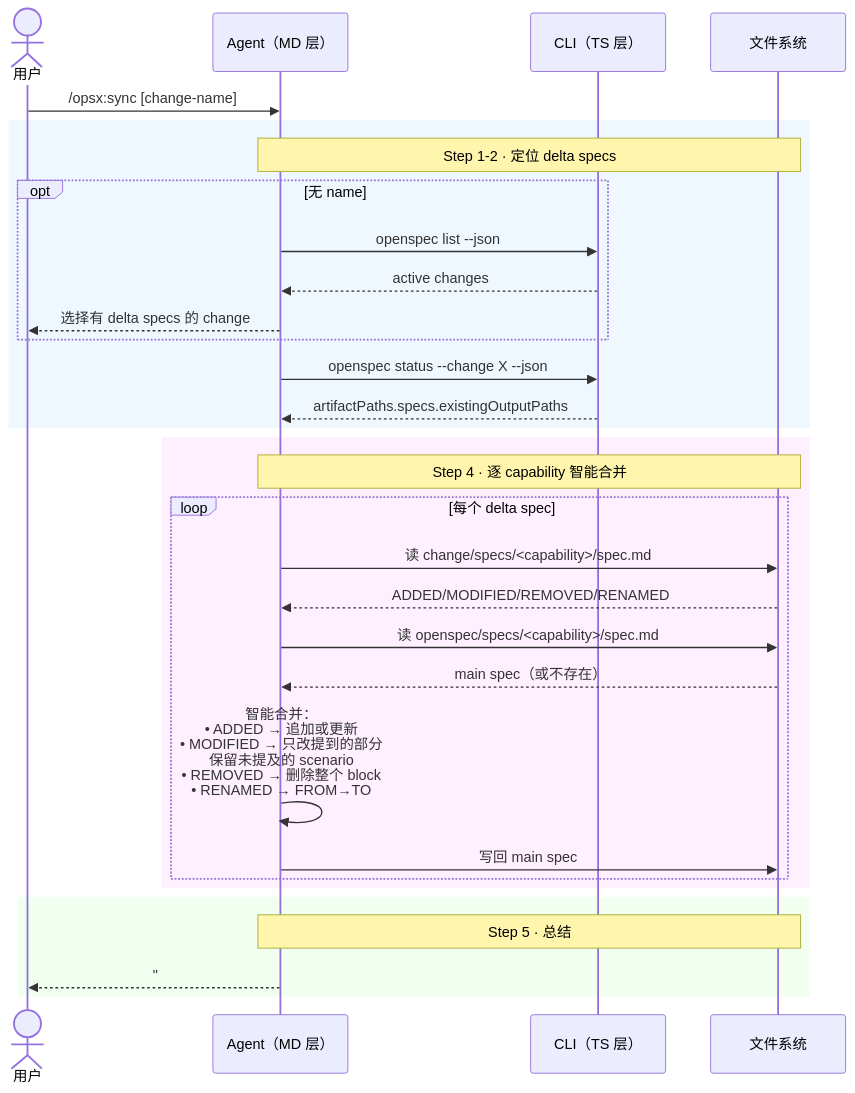
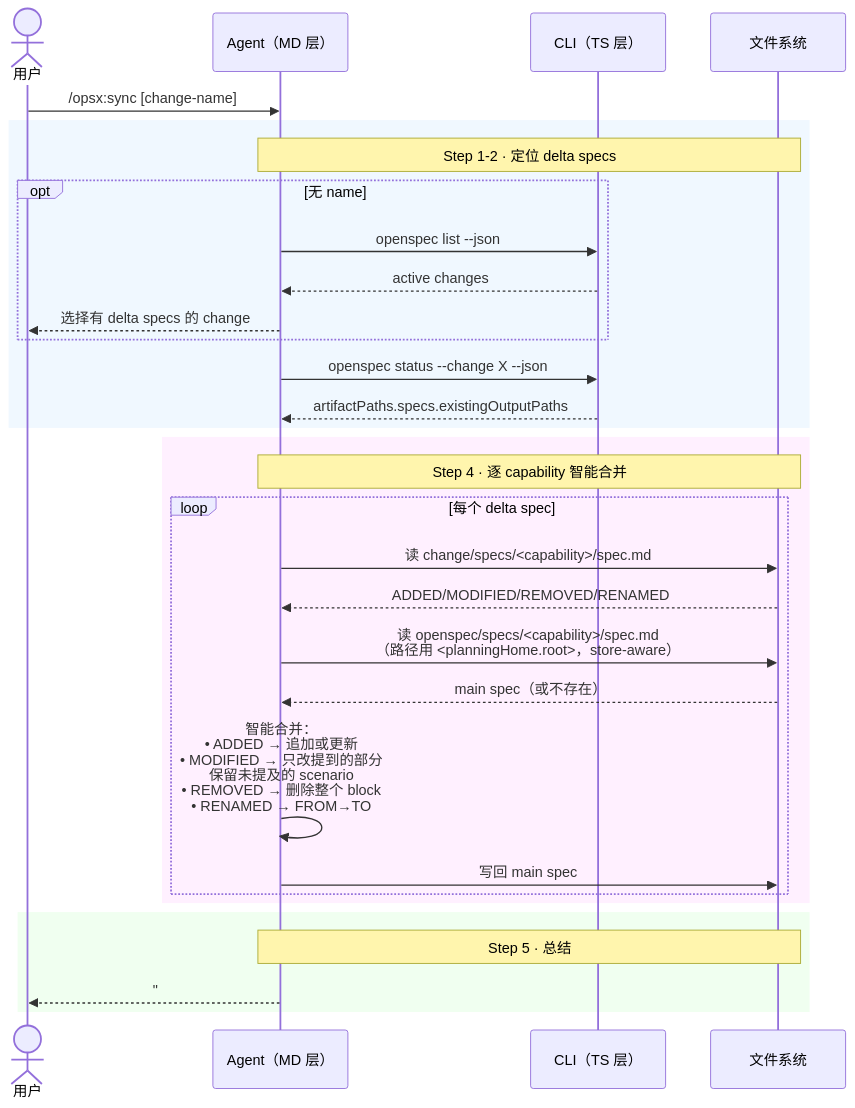
The diagram in _digested/workflows/07-sync.md (ethan-jiang-3/OpenSpec), drawn with Mermaid before and after one commit. The commit also changed other lines of this file and 10 other files, not shown here.

````diff
--- a/_digested/workflows/07-sync.md
+++ b/_digested/workflows/07-sync.md
@@ -38,37 +39,37 @@
 ```mermaid
 sequenceDiagram
     actor User as 用户
     participant MD as Agent（MD 层）
     participant TS as CLI（TS 层）
     participant FS as 文件系统
 
     User->>MD: /opsx:sync [change-name]
 
     rect rgb(240, 248, 255)
         Note over MD,FS: Step 1-2 · 定位 delta specs
         opt 无 name
             MD->>TS: openspec list --json
             TS-->>MD: active changes
             MD-->>User: 选择有 delta specs 的 change
         end
         MD->>TS: openspec status --change X --json
         TS-->>MD: artifactPaths.specs.existingOutputPaths
     end
 
     rect rgb(255, 240, 255)
         Note over MD,FS: Step 4 · 逐 capability 智能合并
         loop 每个 delta spec
             MD->>FS: 读 change/specs/<capability>/spec.md
             FS-->>MD: ADDED/MODIFIED/REMOVED/RENAMED
-            MD->>FS: 读 openspec/specs/<capability>/spec.md
+            MD->>FS: 读 openspec/specs/<capability>/spec.md<br/>（路径用 <planningHome.root>，store-aware）
             FS-->>MD: main spec（或不存在）
             MD->>MD: 智能合并：<br/>• ADDED → 追加或更新<br/>• MODIFIED → 只改提到的部分<br/>  保留未提及的 scenario<br/>• REMOVED → 删除整个 block<br/>• RENAMED → FROM→TO
             MD->>FS: 写回 main spec
         end
     end
 
     rect rgb(240, 255, 240)
         Note over MD,FS: Step 5 · 总结
         MD-->>User: "## Specs Synced<br/>Updated: user-auth (+1 added, ~1 modified)<br/>Change remains active."
     end
 ```
````
